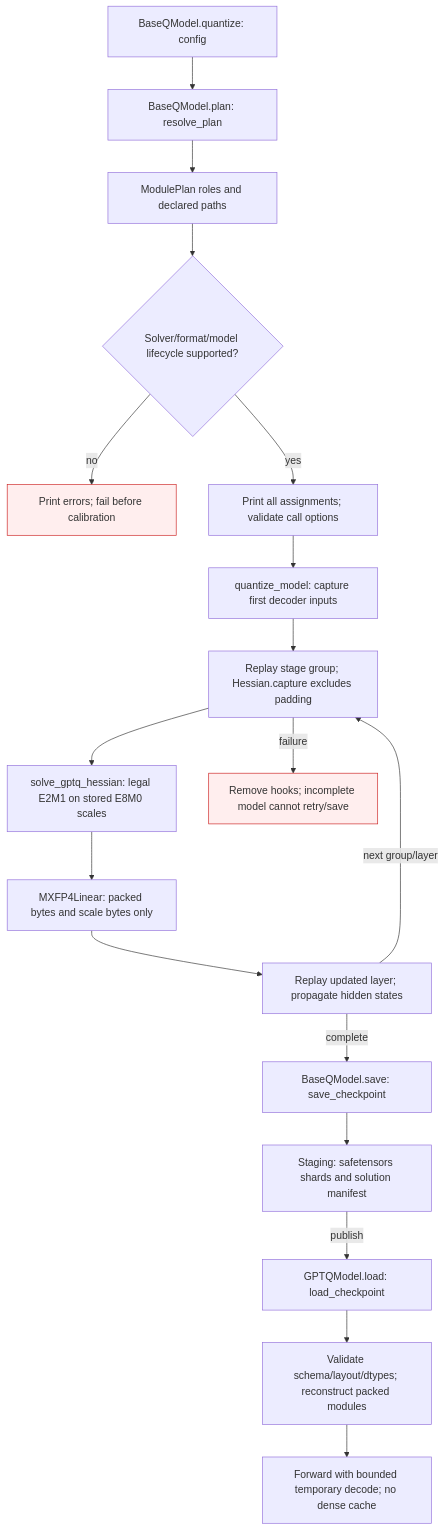
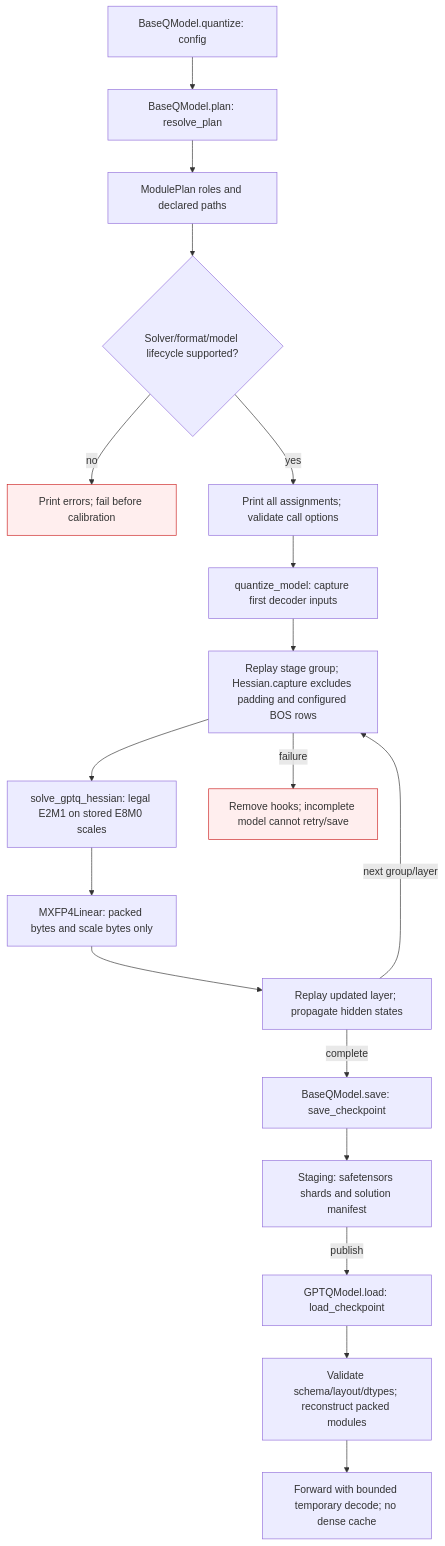
One commit to ModelCloud/GPTQModel changed the diagram in docs/matched-solver-format.md. Above: the diagram before and after it, drawn with Mermaid. The commit also changed other lines of this file and 6 other files, not shown here.

````diff
--- a/docs/matched-solver-format.md
+++ b/docs/matched-solver-format.md
@@ -97,22 +105,22 @@
 ```mermaid
 flowchart TD
     A[BaseQModel.quantize: config] --> B[BaseQModel.plan: resolve_plan]
     B --> C[ModulePlan roles and declared paths]
     C --> D{Solver/format/model lifecycle supported?}
     D -->|no| X[Print errors; fail before calibration]
     D -->|yes| E[Print all assignments; validate call options]
     E --> F[quantize_model: capture first decoder inputs]
-    F --> G[Replay stage group; Hessian.capture excludes padding]
+    F --> G[Replay stage group; Hessian.capture excludes padding and configured BOS rows]
     G --> H[solve_gptq_hessian: legal E2M1 on stored E8M0 scales]
     H --> I[MXFP4Linear: packed bytes and scale bytes only]
     I --> J[Replay updated layer; propagate hidden states]
     J -->|next group/layer| G
     J -->|complete| K[BaseQModel.save: save_checkpoint]
     G -->|failure| Y[Remove hooks; incomplete model cannot retry/save]
     K --> L[Staging: safetensors shards and solution manifest]
     L -->|publish| M[GPTQModel.load: load_checkpoint]
     M --> N[Validate schema/layout/dtypes; reconstruct packed modules]
     N --> O[Forward with bounded temporary decode; no dense cache]
     classDef failure fill:#fee,stroke:#c22
     class X,Y failure
 ```
````
